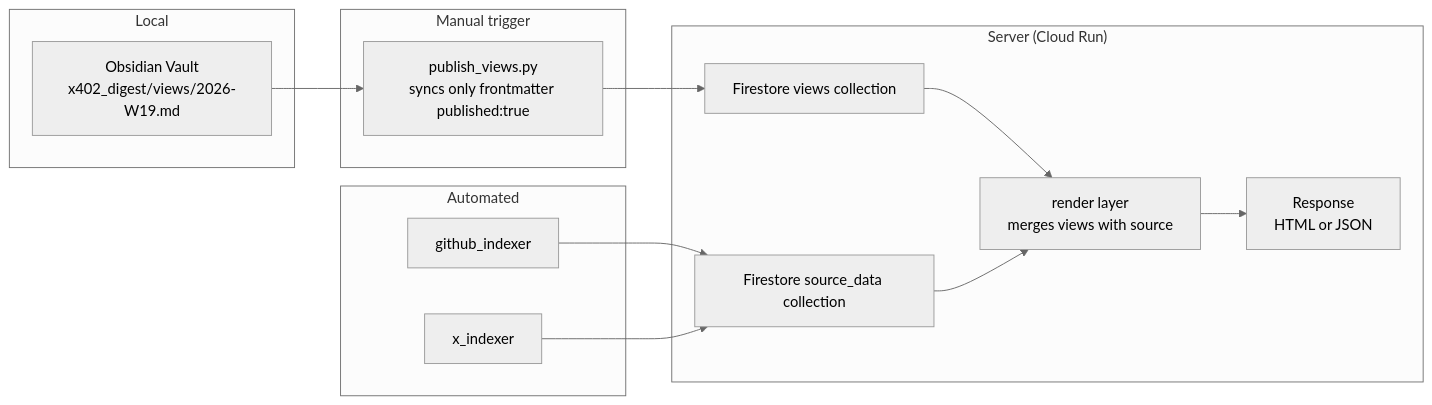
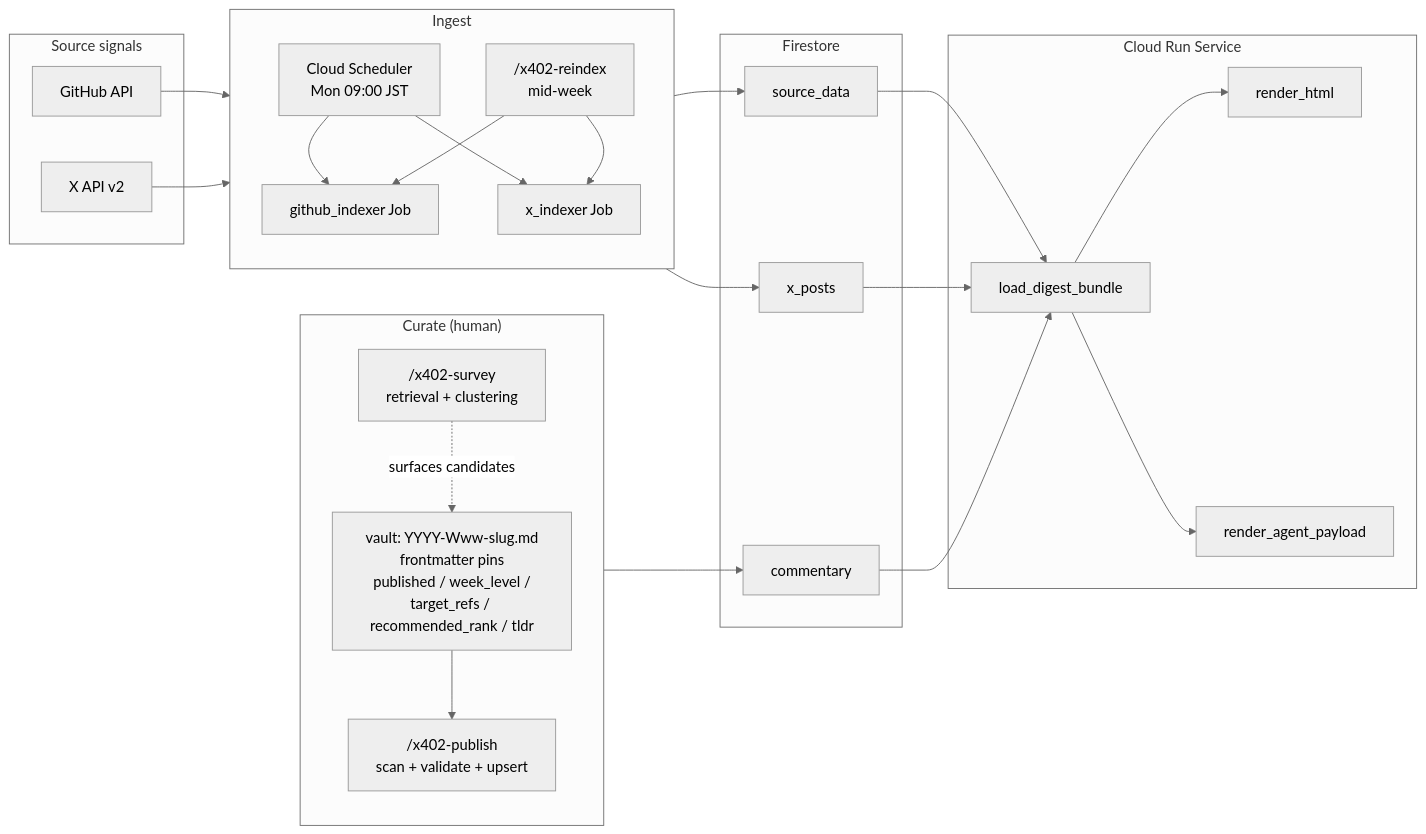
The third of 5 diagrams in docs/architecture.md (shuhei0866/x402-cms), drawn with Mermaid (neutral theme) before and after one commit. The commit also changed other lines of this file and 1 other file, not shown here.

````diff
--- a/docs/architecture.md
+++ b/docs/architecture.md
@@ -133,30 +144,50 @@
 ```mermaid
 flowchart LR
-  subgraph "Local"
-    Obsidian["Obsidian Vault<br/>x402_digest/views/2026-W19.md"]
+  subgraph Src["Source signals"]
+    GH["GitHub API"]
+    XAPI["X API v2"]
   end
 
-  subgraph "Manual trigger"
-    Publish["publish_views.py<br/>syncs only frontmatter published:true"]
+  subgraph Ingest["Ingest"]
+    direction TB
+    Cron["Cloud Scheduler<br/>Mon 09:00 JST"]
+    Manual["/x402-reindex<br/>mid-week"]
+    GHJob["github_indexer Job"]
+    XJob["x_indexer Job"]
+    Cron --> GHJob
+    Cron --> XJob
+    Manual --> GHJob
+    Manual --> XJob
   end
 
-  subgraph "Server (Cloud Run)"
-    DBV["Firestore views collection"]
-    DBS["Firestore source_data collection"]
-    Render["render layer<br/>merges views with source"]
-    Out["Response<br/>HTML or JSON"]
+  subgraph Curate["Curate (human)"]
+    direction TB
+    Survey["/x402-survey<br/>retrieval + clustering"]
+    Vault["vault: YYYY-Www-slug.md<br/>frontmatter pins<br/>published / week_level /<br/>target_refs / recommended_rank / tldr"]
+    PubSkill["/x402-publish<br/>scan + validate + upsert"]
+    Survey -.->|"surfaces candidates"| Vault
+    Vault --> PubSkill
   end
 
-  subgraph "Automated"
-    GH["github_indexer"]
-    X["x_indexer"]
+  subgraph FS["Firestore"]
+    Srcd["source_data"]
+    Xp["x_posts"]
+    Cm["commentary"]
   end
 
-  Obsidian --> Publish
-  Publish --> DBV
-  GH --> DBS
-  X --> DBS
-  DBV --> Render
-  DBS --> Render
-  Render --> Out
+  subgraph Serve["Cloud Run Service"]
+    Bundle["load_digest_bundle"]
+    HTML["render_html"]
+    JSON["render_agent_payload"]
+  end
+
+  GH --> GHJob --> Srcd
+  XAPI --> XJob --> Xp
+  PubSkill --> Cm
+
+  Srcd --> Bundle
+  Xp --> Bundle
+  Cm --> Bundle
+  Bundle --> HTML
+  Bundle --> JSON
 ```
````
